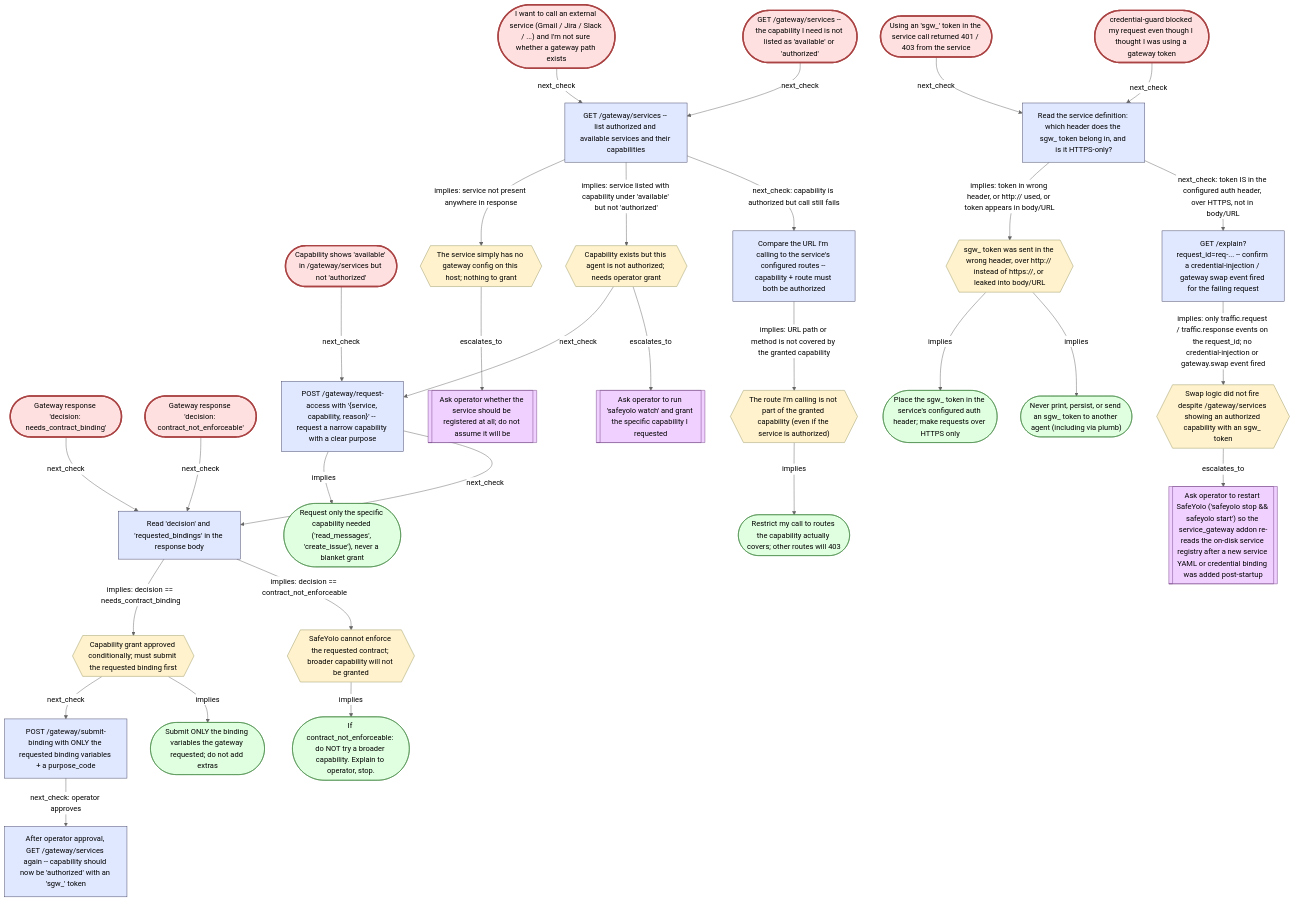
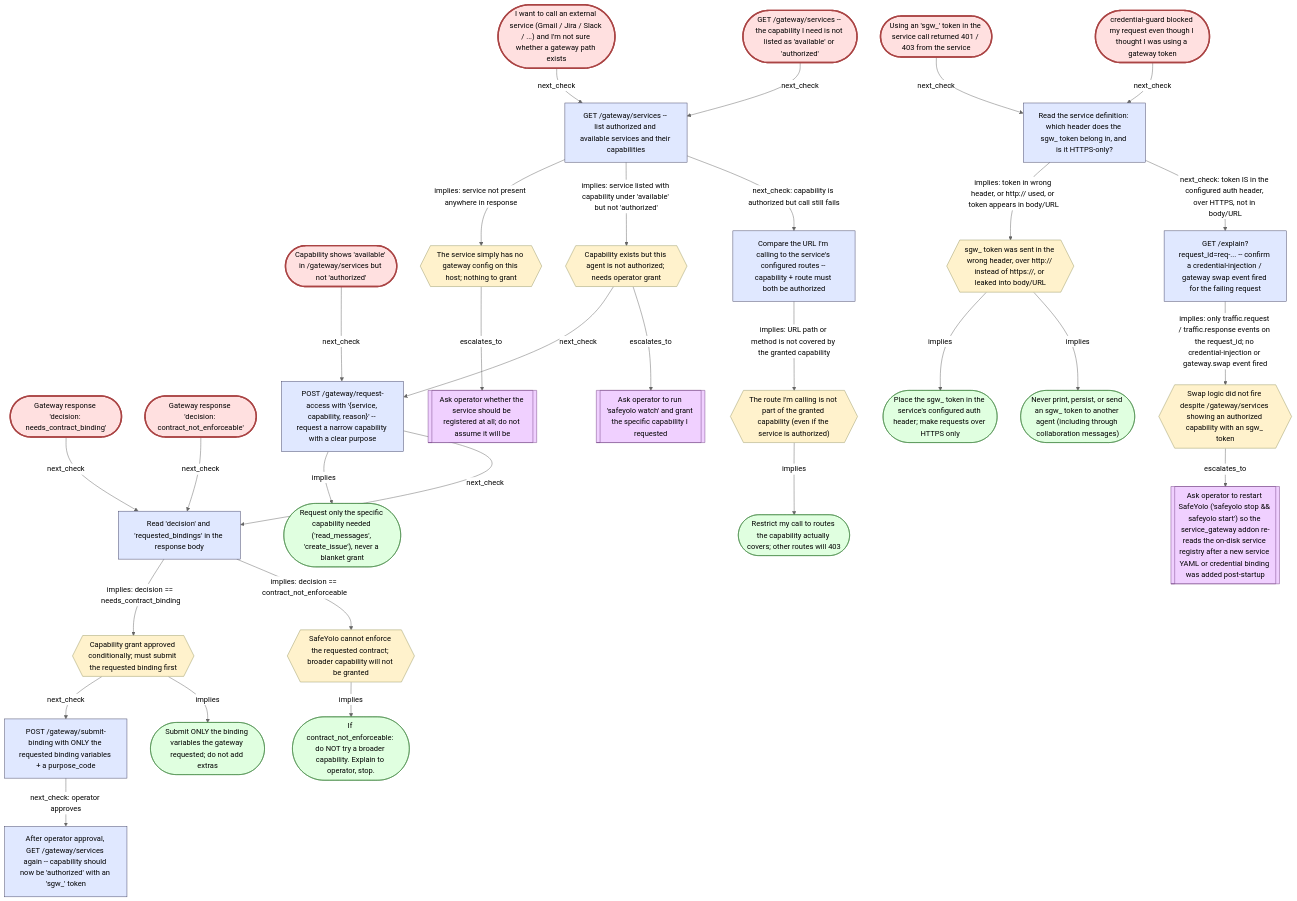
One commit to craigbalding/safeyolo changed the diagram in cli/src/safeyolo/agent_context/skills/safeyolo/references/graph/triage-service-gateway.mmd. Above: the diagram before and after it, drawn with Mermaid (neutral theme). The commit also changed 89 other files, not shown here.

Commit message:
Replace Plumb collaboration with approved Coord rooms

```diff
--- a/cli/src/safeyolo/agent_context/skills/safeyolo/references/graph/triage-service-gateway.mmd
+++ b/cli/src/safeyolo/agent_context/skills/safeyolo/references/graph/triage-service-gateway.mmd
@@ -1,111 +1,111 @@
 flowchart TD
     %% Auto-generated by scripts/render_skill_graph.py -- do not edit.
 
     classDef symptom fill:#ffe0e0,stroke:#a44
     classDef evidence fill:#e0e8ff,stroke:#446
     classDef classification fill:#fff2cc,stroke:#996
     classDef conclusion fill:#e0ffe0,stroke:#484
     classDef operator_ask fill:#f0d0ff,stroke:#748
 
     sym.gateway_want_to_call_service(["I want to call an external service (Gmail / Jira / Slack / ...) and I'm not sure whether a gateway path exists"])
     sym.gateway_no_capability_listed(["GET /gateway/services -- the capability I need is not listed as 'available' or 'authorized'"])
     sym.gateway_available_not_authorized(["Capability shows 'available' in /gateway/services but not 'authorized'"])
     sym.gateway_needs_contract_binding(["Gateway response 'decision: needs_contract_binding'"])
     sym.gateway_contract_not_enforceable(["Gateway response 'decision: contract_not_enforceable'"])
     sym.gateway_sgw_token_rejected(["Using an 'sgw_' token in the service call returned 401 / 403 from the service"])
     sym.gateway_credential_leak_attempt(["credential-guard blocked my request even though I thought I was using a gateway token"])
     ev.gateway_list_services["GET /gateway/services -- list authorized and available services and their capabilities"]
     ev.gateway_request_access["POST /gateway/request-access with '{service, capability, reason}' -- request a narrow capability with a clear purpose"]
     ev.gateway_read_decision["Read 'decision' and 'requested_bindings' in the response body"]
     ev.gateway_submit_binding["POST /gateway/submit-binding with ONLY the requested binding variables + a purpose_code"]
     ev.gateway_recheck_after_approval["After operator approval, GET /gateway/services again -- capability should now be 'authorized' with an 'sgw_' token"]
     ev.gateway_check_auth_header_name["Read the service definition: which header does the sgw_ token belong in, and is it HTTPS-only?"]
     ev.gateway_check_route["Compare the URL I'm calling to the service's configured routes -- capability + route must both be authorized"]
     ev.gateway_check_injection_event["GET /explain?request_id=req-... -- confirm a credential-injection / gateway swap event fired for the failing request"]
     cls.gateway_service_not_registered{{"The service simply has no gateway config on this host; nothing to grant"}}
     cls.gateway_needs_grant{{"Capability exists but this agent is not authorized; needs operator grant"}}
     cls.gateway_needs_binding_submit{{"Capability grant approved conditionally; must submit the requested binding first"}}
     cls.gateway_impossible{{"SafeYolo cannot enforce the requested contract; broader capability will not be granted"}}
     cls.gateway_wrong_route{{"The route I'm calling is not part of the granted capability (even if the service is authorized)"}}
     cls.gateway_token_in_wrong_place{{"sgw_ token was sent in the wrong header, over http:// instead of https://, or leaked into body/URL"}}
     cls.gateway_swap_not_running{{"Swap logic did not fire despite /gateway/services showing an authorized capability with an sgw_ token"}}
     con.gateway_request_narrow_capability(["Request only the specific capability needed ('read_messages', 'create_issue'), never a blanket grant"])
     con.gateway_submit_only_requested_bindings(["Submit ONLY the binding variables the gateway requested; do not add extras"])
     con.gateway_do_not_broaden(["If contract_not_enforceable: do NOT try a broader capability. Explain to operator, stop."])
     con.gateway_use_configured_header(["Place the sgw_ token in the service's configured auth header; make requests over HTTPS only"])
-    con.gateway_never_share_token(["Never print, persist, or send an sgw_ token to another agent (including via plumb)"])
+    con.gateway_never_share_token(["Never print, persist, or send an sgw_ token to another agent (including through collaboration messages)"])
     con.gateway_correct_route(["Restrict my call to routes the capability actually covers; other routes will 403"])
     ask.gateway_register_service[["Ask operator whether the service should be registered at all; do not assume it will be"]]
     ask.gateway_watch_grant[["Ask operator to run 'safeyolo watch' and grant the specific capability I requested"]]
     ask.gateway_restart_after_yaml_change[["Ask operator to restart SafeYolo ('safeyolo stop && safeyolo start') so the service_gateway addon re-reads the on-disk service registry after a new service YAML or credential binding was added post-startup"]]
 
     sym.gateway_want_to_call_service -->|"next_check"| ev.gateway_list_services
     sym.gateway_no_capability_listed -->|"next_check"| ev.gateway_list_services
     sym.gateway_available_not_authorized -->|"next_check"| ev.gateway_request_access
     sym.gateway_needs_contract_binding -->|"next_check"| ev.gateway_read_decision
     sym.gateway_contract_not_enforceable -->|"next_check"| ev.gateway_read_decision
     sym.gateway_sgw_token_rejected -->|"next_check"| ev.gateway_check_auth_header_name
     sym.gateway_credential_leak_attempt -->|"next_check"| ev.gateway_check_auth_header_name
     ev.gateway_list_services -->|"implies: service not present anywhere in response"| cls.gateway_service_not_registered
     ev.gateway_list_services -->|"implies: service listed with capability under 'available' but not 'authorized'"| cls.gateway_needs_grant
     ev.gateway_list_services -->|"next_check: capability is authorized but call still fails"| ev.gateway_check_route
     cls.gateway_service_not_registered -->|"escalates_to"| ask.gateway_register_service
     cls.gateway_needs_grant -->|"next_check"| ev.gateway_request_access
     ev.gateway_request_access -->|"implies"| con.gateway_request_narrow_capability
     ev.gateway_request_access -->|"next_check"| ev.gateway_read_decision
     cls.gateway_needs_grant -->|"escalates_to"| ask.gateway_watch_grant
     ev.gateway_read_decision -->|"implies: decision == needs_contract_binding"| cls.gateway_needs_binding_submit
     ev.gateway_read_decision -->|"implies: decision == contract_not_enforceable"| cls.gateway_impossible
     cls.gateway_needs_binding_submit -->|"next_check"| ev.gateway_submit_binding
     cls.gateway_needs_binding_submit -->|"implies"| con.gateway_submit_only_requested_bindings
     ev.gateway_submit_binding -->|"next_check: operator approves"| ev.gateway_recheck_after_approval
     cls.gateway_impossible -->|"implies"| con.gateway_do_not_broaden
     ev.gateway_check_auth_header_name -->|"implies: token in wrong header, or http:// used, or token appears in body/URL"| cls.gateway_token_in_wrong_place
     cls.gateway_token_in_wrong_place -->|"implies"| con.gateway_use_configured_header
     cls.gateway_token_in_wrong_place -->|"implies"| con.gateway_never_share_token
     ev.gateway_check_auth_header_name -->|"next_check: token IS in the configured auth header, over HTTPS, not in body/URL"| ev.gateway_check_injection_event
     ev.gateway_check_injection_event -->|"implies: only traffic.request / traffic.response events on the request_id; no credential-injection or gateway.swap event fired"| cls.gateway_swap_not_running
     cls.gateway_swap_not_running -->|"escalates_to"| ask.gateway_restart_after_yaml_change
     ev.gateway_check_route -->|"implies: URL path or method is not covered by the granted capability"| cls.gateway_wrong_route
     cls.gateway_wrong_route -->|"implies"| con.gateway_correct_route
 
     class sym.gateway_want_to_call_service symptom
     class sym.gateway_no_capability_listed symptom
     class sym.gateway_available_not_authorized symptom
     class sym.gateway_needs_contract_binding symptom
     class sym.gateway_contract_not_enforceable symptom
     class sym.gateway_sgw_token_rejected symptom
     class sym.gateway_credential_leak_attempt symptom
     class ev.gateway_list_services evidence
     class ev.gateway_request_access evidence
     class ev.gateway_read_decision evidence
     class ev.gateway_submit_binding evidence
     class ev.gateway_recheck_after_approval evidence
     class ev.gateway_check_auth_header_name evidence
     class ev.gateway_check_route evidence
     class ev.gateway_check_injection_event evidence
     class cls.gateway_service_not_registered classification
     class cls.gateway_needs_grant classification
     class cls.gateway_needs_binding_submit classification
     class cls.gateway_impossible classification
     class cls.gateway_wrong_route classification
     class cls.gateway_token_in_wrong_place classification
     class cls.gateway_swap_not_running classification
     class con.gateway_request_narrow_capability conclusion
     class con.gateway_submit_only_requested_bindings conclusion
     class con.gateway_do_not_broaden conclusion
     class con.gateway_use_configured_header conclusion
     class con.gateway_never_share_token conclusion
     class con.gateway_correct_route conclusion
     class ask.gateway_register_service operator_ask
     class ask.gateway_watch_grant operator_ask
     class ask.gateway_restart_after_yaml_change operator_ask
 
     %% Entry symptoms (bind an observed symptom here)
     style sym.gateway_want_to_call_service stroke-width:3px
     style sym.gateway_no_capability_listed stroke-width:3px
     style sym.gateway_available_not_authorized stroke-width:3px
     style sym.gateway_needs_contract_binding stroke-width:3px
     style sym.gateway_contract_not_enforceable stroke-width:3px
     style sym.gateway_sgw_token_rejected stroke-width:3px
     style sym.gateway_credential_leak_attempt stroke-width:3px
```
